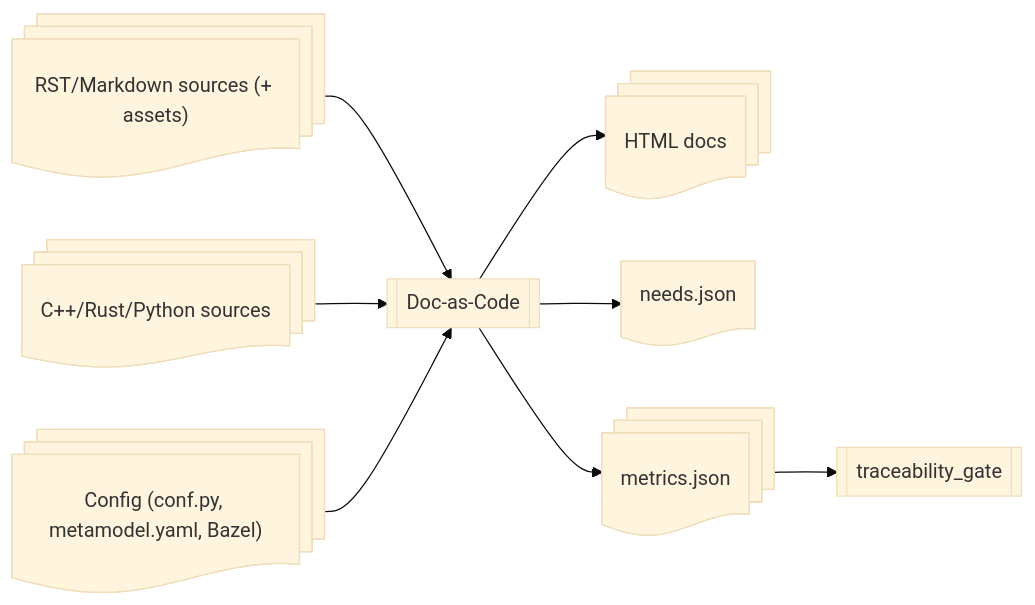
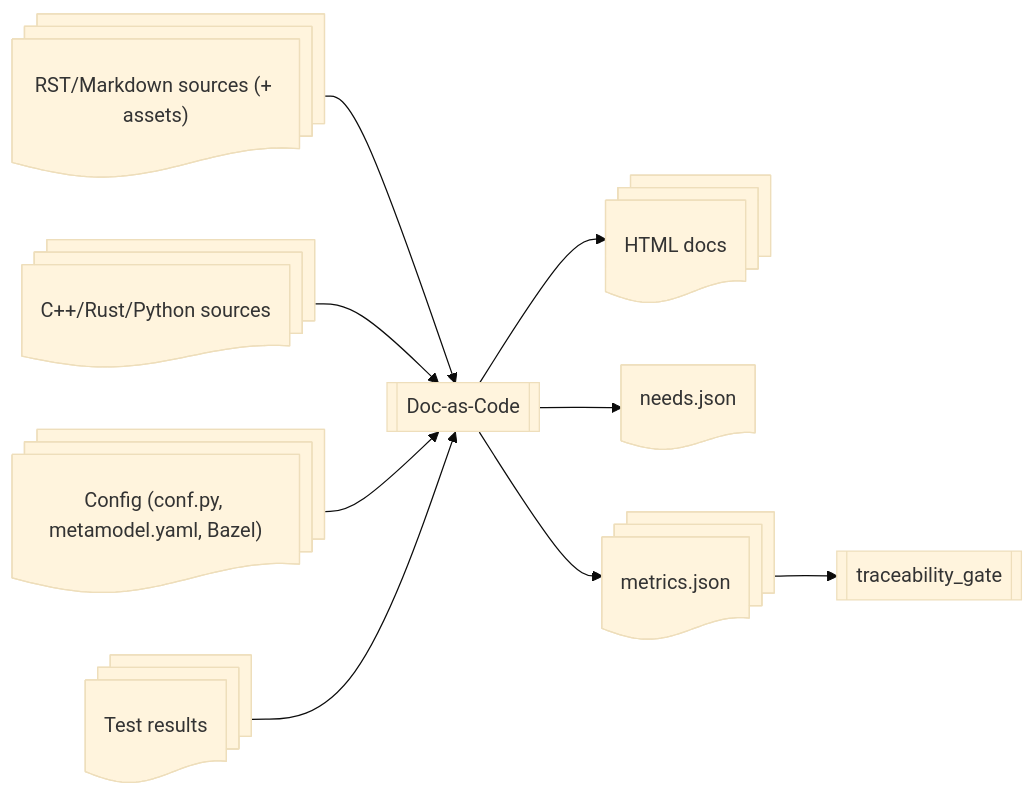
One commit to eclipse-score/score changed the diagram in docs/score_tools/tools_documentation/doc_as_code.rst. Above: the diagram before and after it, drawn with Mermaid (base theme). The commit also changed other lines of this file, not shown here.

```diff
--- a/docs/score_tools/tools_documentation/doc_as_code.rst
+++ b/docs/score_tools/tools_documentation/doc_as_code.rst
@@ -53,19 +54,21 @@
 .. mermaid::
 
    graph LR
       src@{ shape: docs, label: "RST/Markdown sources (+ assets)" }
       code@{ shape: docs, label: "C++/Rust/Python sources" }
       cfg@{ shape: docs, label: "Config (conf.py, metamodel.yaml, Bazel)" }
+      tests@{ shape: docs, label: "Test results" }
       dac@{ shape: subproc, label: "Doc-as-Code" }
       html@{ shape: docs, label: "HTML docs" }
       needs@{ shape: doc, label: "needs.json" }
       metrics@{ shape: docs, label: "metrics.json" }
       gate@{ shape: subproc, label: "traceability_gate" }
 
       src --> dac
       code --> dac
       cfg --> dac
+      tests --> dac
       dac --> html
       dac --> needs
       dac --> metrics
       metrics --> gate
```
